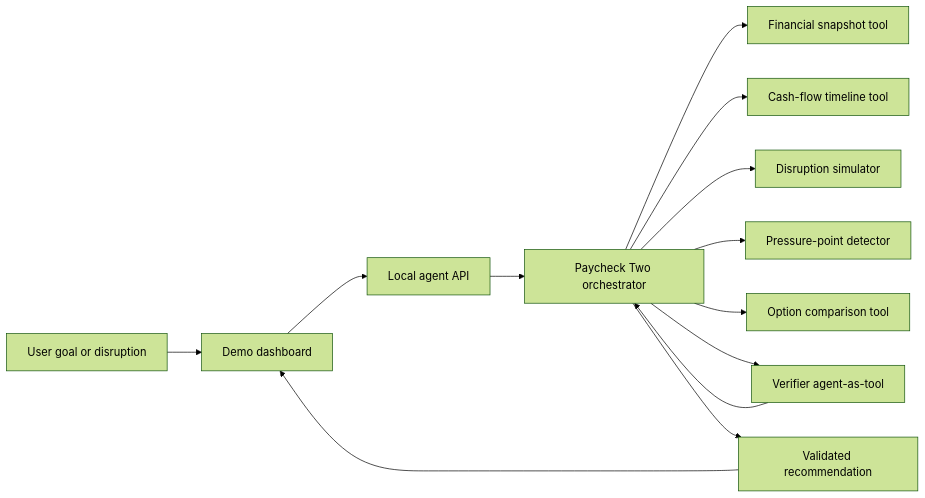
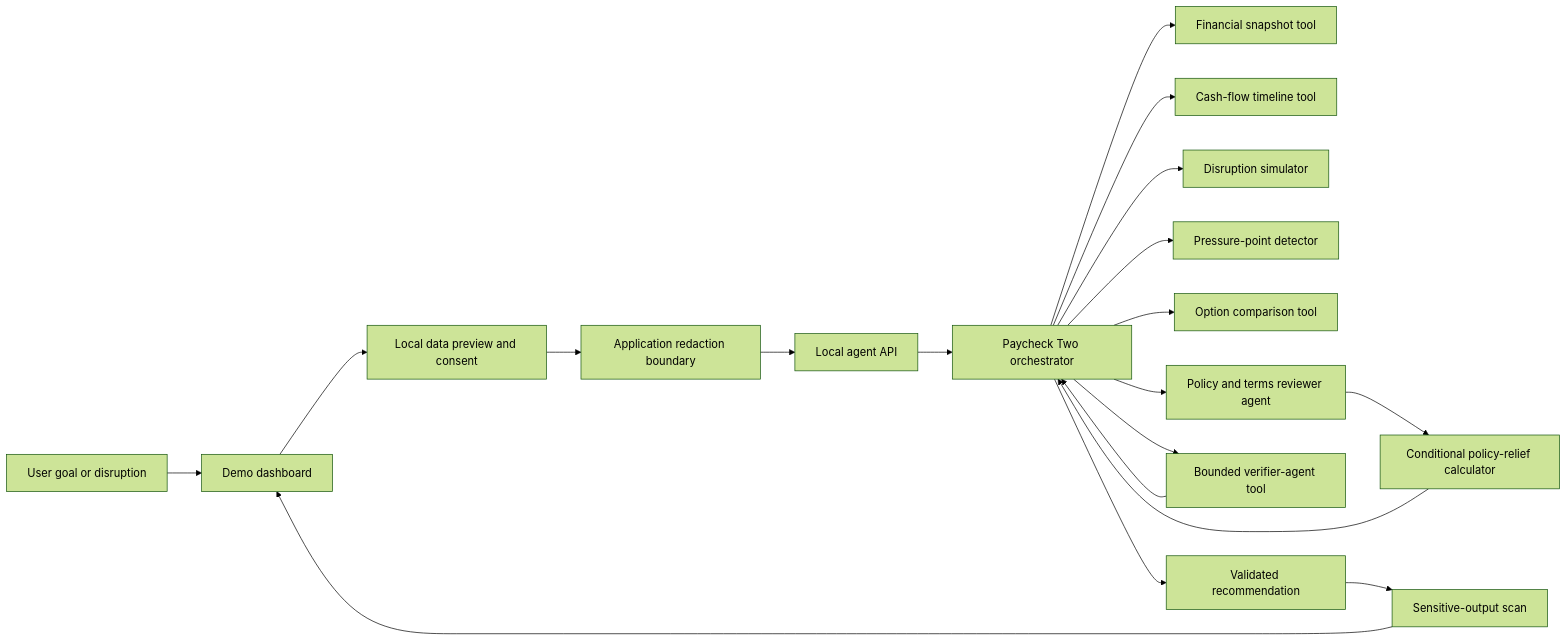
One commit to CDunn17/paychecktwo changed the diagram in README.md. Above: the diagram before and after it, drawn with Mermaid (forest theme). The commit also changed other lines of this file and 20 other files, not shown here.

````diff
--- a/README.md
+++ b/README.md
@@ -43,15 +44,21 @@
 ```mermaid
 flowchart LR
     User["User goal or disruption"] --> UI["Demo dashboard"]
-    UI --> API["Local agent API"]
+    UI --> Preview["Local data preview and consent"]
+    Preview --> Redact["Application redaction boundary"]
+    Redact --> API["Local agent API"]
     API --> Orchestrator["Paycheck Two orchestrator"]
     Orchestrator --> Snapshot["Financial snapshot tool"]
     Orchestrator --> Timeline["Cash-flow timeline tool"]
     Orchestrator --> Scenario["Disruption simulator"]
     Orchestrator --> Pressure["Pressure-point detector"]
     Orchestrator --> Options["Option comparison tool"]
-    Orchestrator --> Verifier["Verifier agent-as-tool"]
+    Orchestrator --> Policy["Policy and terms reviewer agent"]
+    Policy --> Relief["Conditional policy-relief calculator"]
+    Relief --> Orchestrator
+    Orchestrator --> Verifier["Bounded verifier-agent tool"]
     Verifier --> Orchestrator
     Orchestrator --> Result["Validated recommendation"]
-    Result --> UI
+    Result --> OutputScan["Sensitive-output scan"]
+    OutputScan --> UI
 ```
````
